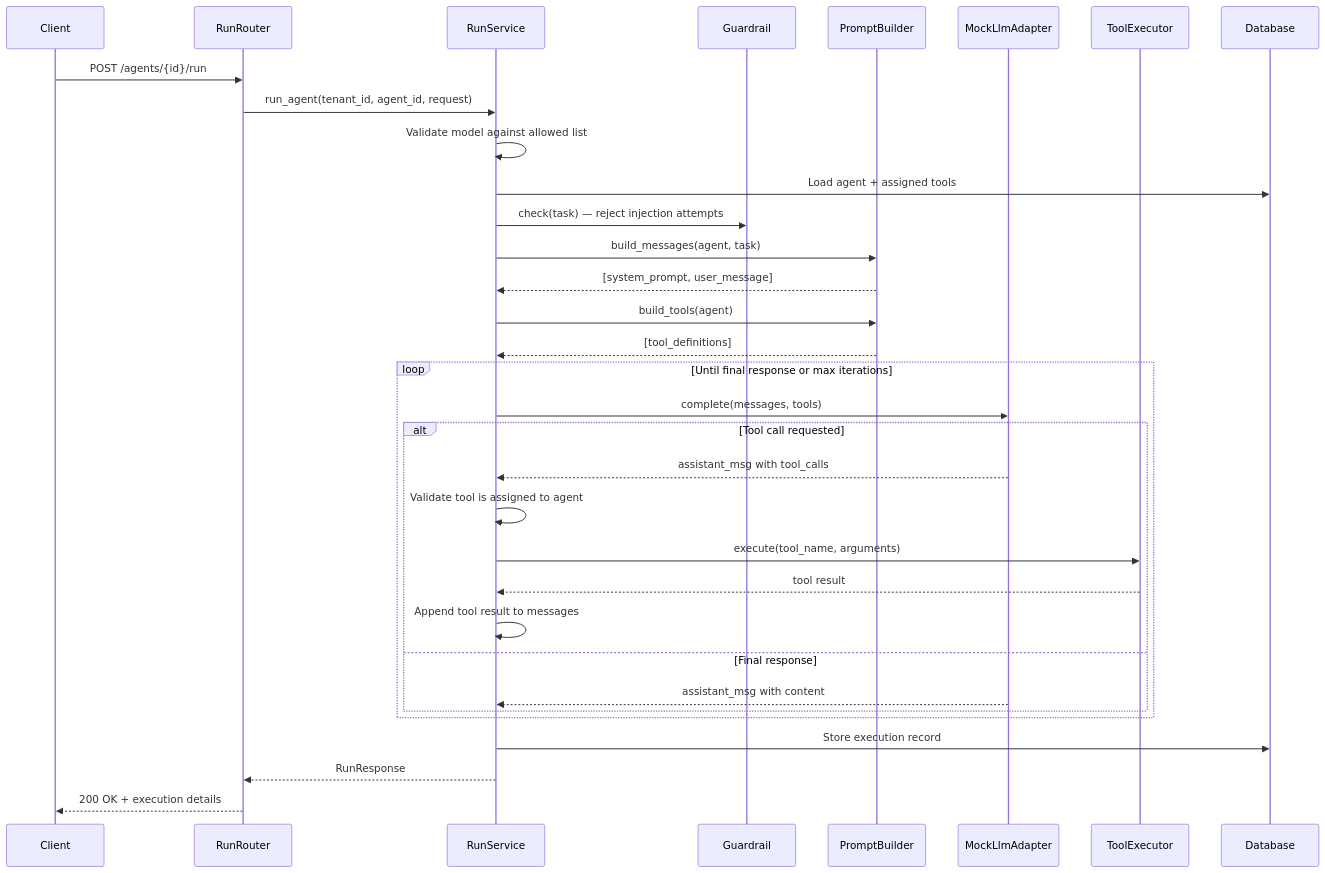
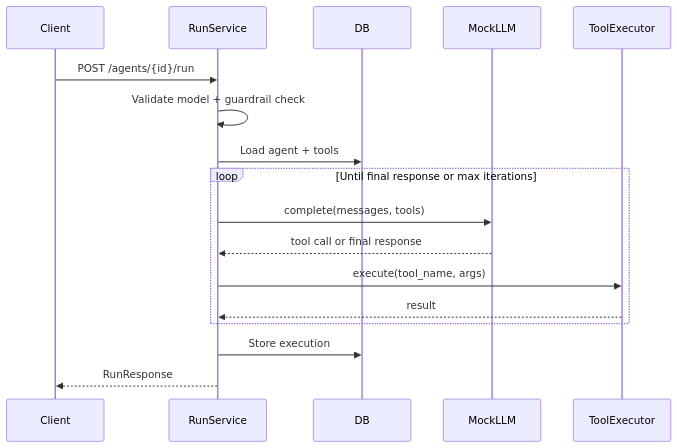
The second of 2 diagrams in README.md (jonathantoaf/Mini-Agent-Platform), drawn with Mermaid before and after one commit. The commit also changed other lines of this file, not shown here.

````diff
--- a/README.md
+++ b/README.md
@@ -110,38 +125,16 @@
 ```mermaid
 sequenceDiagram
-    participant C as Client
-    participant R as RunRouter
-    participant S as RunService
-    participant G as Guardrail
-    participant PB as PromptBuilder
-    participant LLM as MockLlmAdapter
-    participant TE as ToolExecutor
-    participant DB as Database
-
-    C->>R: POST /agents/{id}/run
-    R->>S: run_agent(tenant_id, agent_id, request)
-    S->>S: Validate model against allowed list
-    S->>DB: Load agent + assigned tools
-    S->>G: check(task) — reject injection attempts
-    S->>PB: build_messages(agent, task)
-    PB-->>S: [system_prompt, user_message]
-    S->>PB: build_tools(agent)
-    PB-->>S: [tool_definitions]
+    Client->>RunService: POST /agents/{id}/run
+    RunService->>RunService: Validate model + guardrail check
+    RunService->>DB: Load agent + tools
 
     loop Until final response or max iterations
-        S->>LLM: complete(messages, tools)
-        alt Tool call requested
-            LLM-->>S: assistant_msg with tool_calls
-            S->>S: Validate tool is assigned to agent
-            S->>TE: execute(tool_name, arguments)
-            TE-->>S: tool result
-            S->>S: Append tool result to messages
-        else Final response
-            LLM-->>S: assistant_msg with content
-        end
+        RunService->>MockLLM: complete(messages, tools)
+        MockLLM-->>RunService: tool call or final response
+        RunService->>ToolExecutor: execute(tool_name, args)
+        ToolExecutor-->>RunService: result
     end
 
-    S->>DB: Store execution record
-    S-->>R: RunResponse
-    R-->>C: 200 OK + execution details
+    RunService->>DB: Store execution
+    RunService-->>Client: RunResponse
 ```
````
